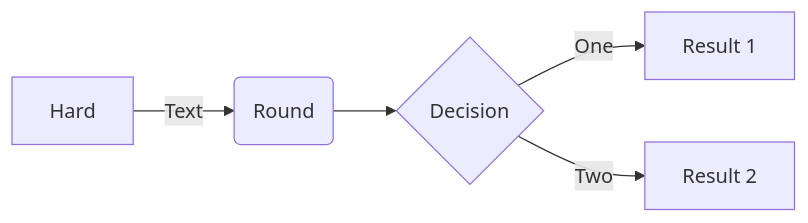
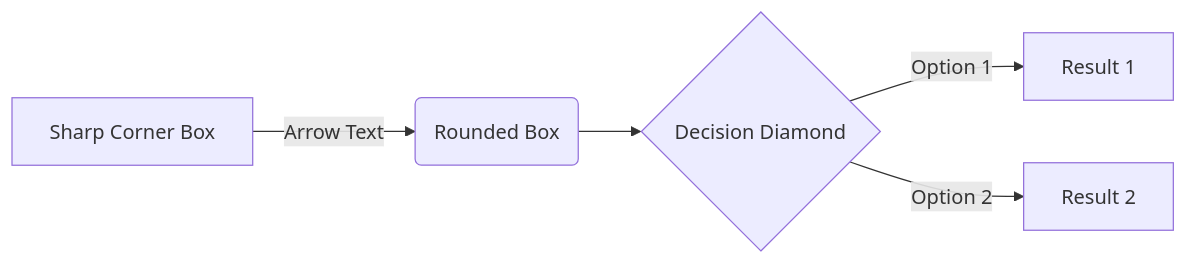
Before and after one commit to eipiguy/planning: the diagram in new_idea.md, drawn with Mermaid.

Commit message:
better diagram descriptions

````diff
--- a/new_idea.md
+++ b/new_idea.md
@@ -48,7 +48,7 @@
 ```mermaid
 flowchart LR
-  A[Hard] -->|Text| B(Round);
-  B --> C{Decision};
-  C -->|One| D[Result 1];
-  C -->|Two| E[Result 2];
+  A[Sharp Corner Box] -->|Arrow Text| B(Rounded Box);
+  B --> C{Decision Diamond};
+  C -->|Option 1| D[Result 1];
+  C -->|Option 2| E[Result 2];
 ```
````
